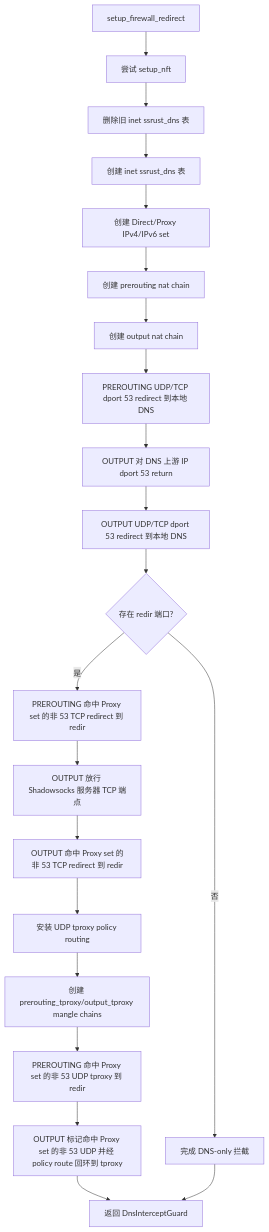
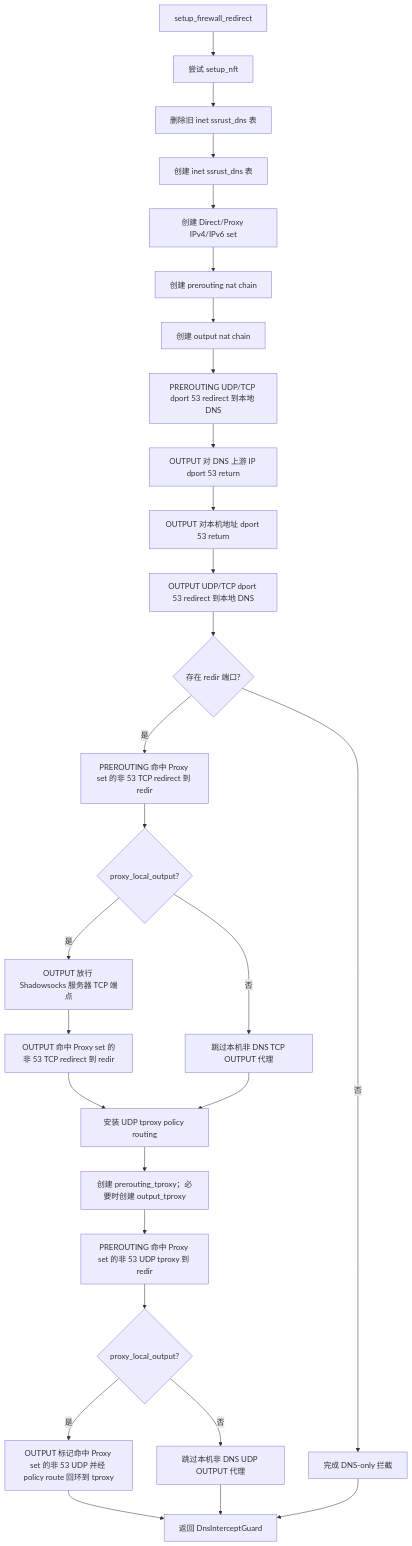
One commit to xiedeacc/shadowsocks-rust changed the fifth of 14 diagrams in routing.md. Above: the diagram before and after it, drawn with Mermaid. The commit also changed other lines of this file and 9 other files, not shown here.

Commit message:
Harden OpenWrt local proxy routing

````diff
--- a/routing.md
+++ b/routing.md
@@ -510,23 +513,30 @@
 ```mermaid
 flowchart TD
     A[setup_firewall_redirect] --> B[尝试 setup_nft]
     B --> C[删除旧 inet ssrust_dns 表]
     C --> D[创建 inet ssrust_dns 表]
     D --> E[创建 Direct/Proxy IPv4/IPv6 set]
     E --> F[创建 prerouting nat chain]
     F --> G[创建 output nat chain]
     G --> H[PREROUTING UDP/TCP dport 53 redirect 到本地 DNS]
     H --> I[OUTPUT 对 DNS 上游 IP dport 53 return]
-    I --> J[OUTPUT UDP/TCP dport 53 redirect 到本地 DNS]
+    I --> I1[OUTPUT 对本机地址 dport 53 return]
+    I1 --> J[OUTPUT UDP/TCP dport 53 redirect 到本地 DNS]
     J --> K{存在 redir 端口?}
     K -- 是 --> L[PREROUTING 命中 Proxy set 的非 53 TCP redirect 到 redir]
-    L --> M[OUTPUT 放行 Shadowsocks 服务器 TCP 端点]
-    M --> N[OUTPUT 命中 Proxy set 的非 53 TCP redirect 到 redir]
-    N --> N1[安装 UDP tproxy policy routing]
-    N1 --> N2[创建 prerouting_tproxy/output_tproxy mangle chains]
+    L --> M{proxy_local_output?}
+    M -- 是 --> N[OUTPUT 放行 Shadowsocks 服务器 TCP 端点]
+    N --> O[OUTPUT 命中 Proxy set 的非 53 TCP redirect 到 redir]
+    M -- 否 --> Q[跳过本机非 DNS TCP OUTPUT 代理]
+    O --> R[安装 UDP tproxy policy routing]
+    Q --> R
+    R --> N2[创建 prerouting_tproxy；必要时创建 output_tproxy]
     N2 --> N3[PREROUTING 命中 Proxy set 的非 53 UDP tproxy 到 redir]
-    N3 --> N4[OUTPUT 标记命中 Proxy set 的非 53 UDP 并经 policy route 回环到 tproxy]
-    K -- 否 --> O[完成 DNS-only 拦截]
-    N4 --> P[返回 DnsInterceptGuard]
-    O --> P
+    N3 --> N4{proxy_local_output?}
+    N4 -- 是 --> N5[OUTPUT 标记命中 Proxy set 的非 53 UDP 并经 policy route 回环到 tproxy]
+    N4 -- 否 --> N6[跳过本机非 DNS UDP OUTPUT 代理]
+    K -- 否 --> S[完成 DNS-only 拦截]
+    N5 --> P[返回 DnsInterceptGuard]
+    N6 --> P
+    S --> P
 ```
````
